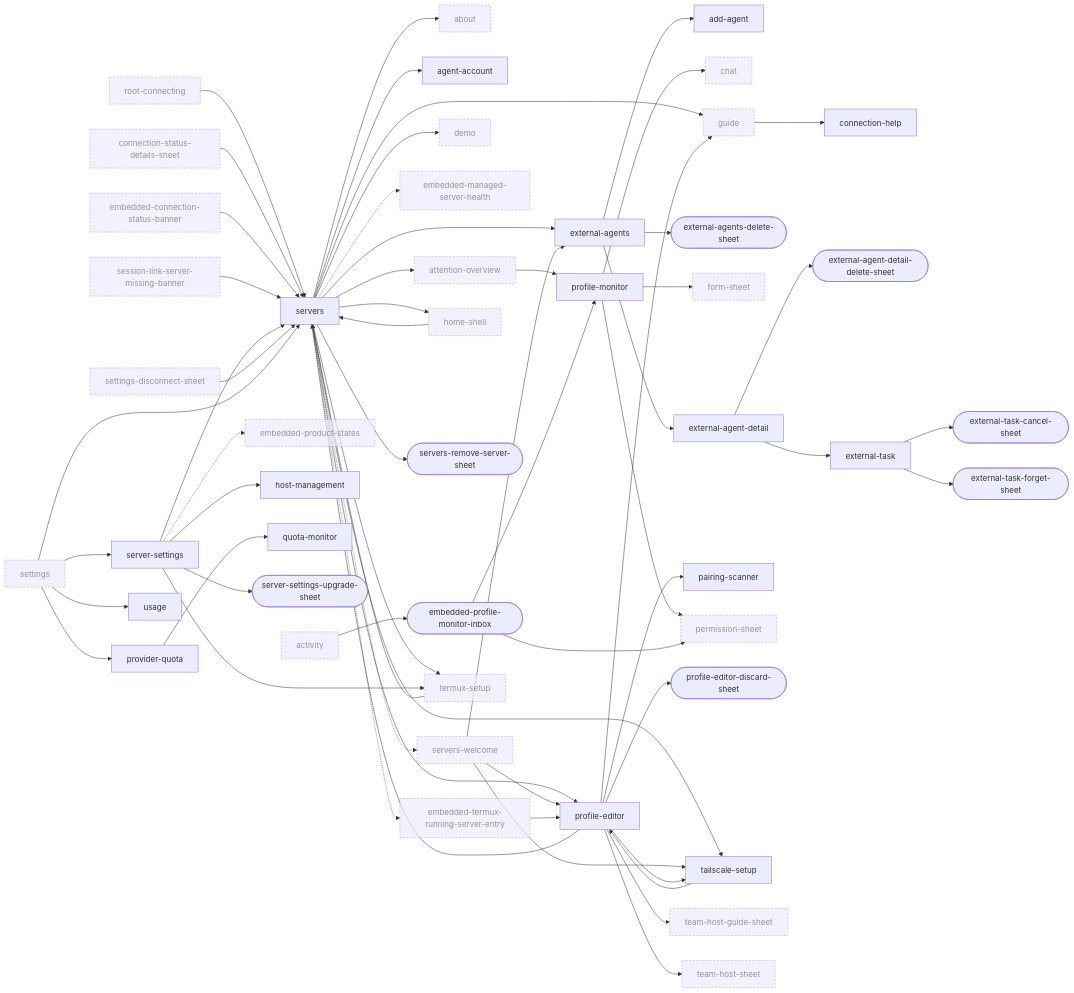
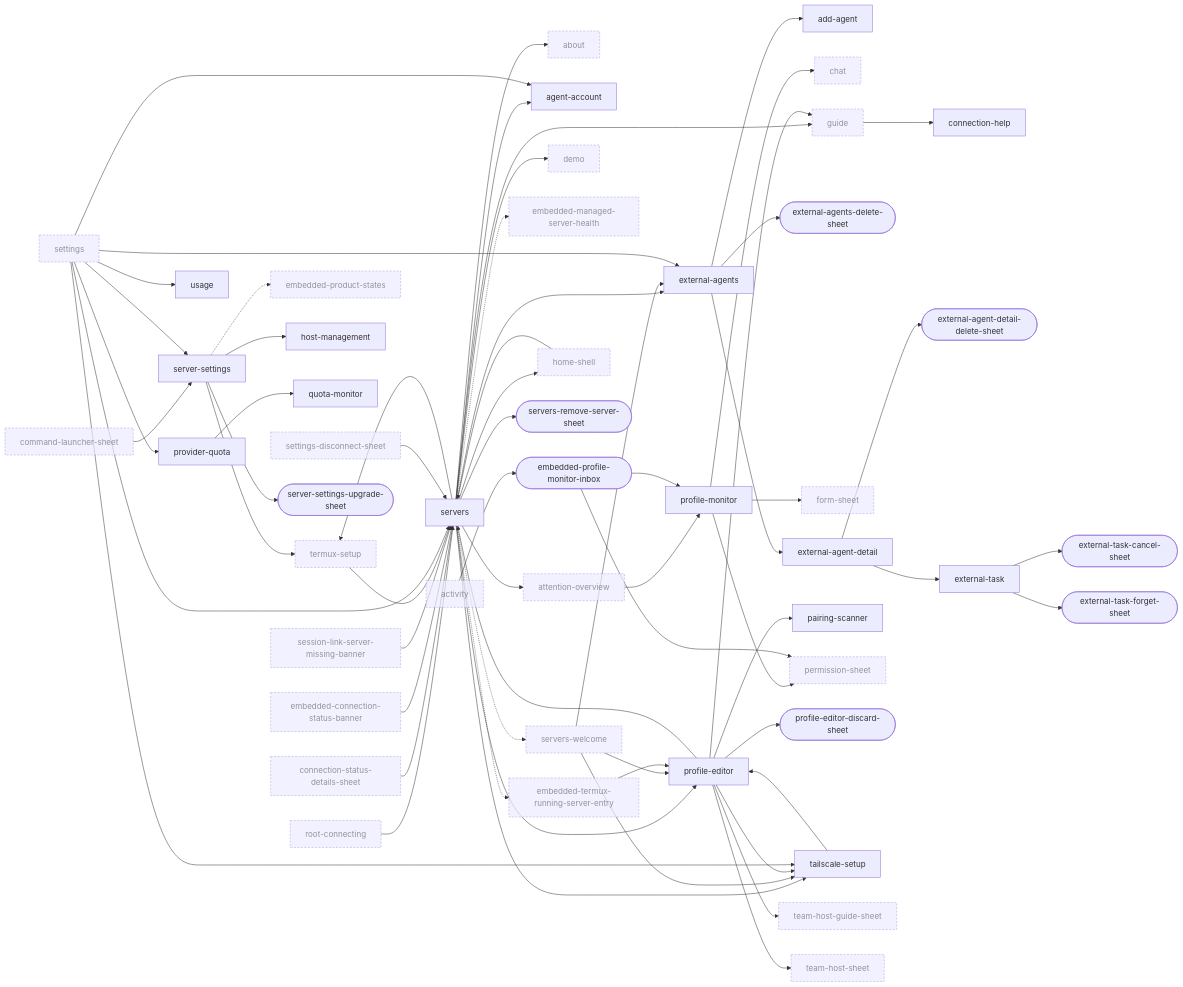
One commit to Breskott/opencode-mobile-next changed the fifth of 10 diagrams in docs/design/ui-ledger/navigation.md. Above: the diagram before and after it, drawn with Mermaid. The commit also changed other lines of this file and 17 other files, not shown here.

```diff
--- a/docs/design/ui-ledger/navigation.md
+++ b/docs/design/ui-ledger/navigation.md
@@ -663,6 +655,7 @@
   agent_account["agent-account"]
   attention_overview["attention-overview"]:::ext
   chat["chat"]:::ext
+  command_launcher_sheet["command-launcher-sheet"]:::ext
   connection_help["connection-help"]
   connection_status_details_sheet["connection-status-details-sheet"]:::ext
   demo["demo"]:::ext
@@ -709,6 +702,7 @@
   embedded_connection_status_banner --> servers
   session_link_server_missing_banner --> servers
   attention_overview --> profile_monitor
+  command_launcher_sheet --> server_settings
   servers --> attention_overview
   servers --> about
   servers --> guide
@@ -730,7 +724,6 @@
   profile_editor --> team_host_guide_sheet
   profile_editor --> team_host_sheet
   tailscale_setup --> profile_editor
-  server_settings --> servers
   server_settings --> host_management
   server_settings --> termux_setup
   server_settings --> server_settings_upgrade_sheet
@@ -748,6 +741,10 @@
   provider_quota --> quota_monitor
   termux_setup --> servers
   settings --> server_settings
+  settings --> servers
+  settings --> agent_account
+  settings --> external_agents
+  settings --> tailscale_setup
   settings --> usage
   settings --> provider_quota
   settings_disconnect_sheet --> servers
@@ -755,7 +752,6 @@
   server_settings -.-> embedded_product_states
   profile_monitor --> form_sheet
   profile_editor --> servers
-  settings --> servers
   servers -.-> servers_welcome
   embedded_termux_running_server_entry --> profile_editor
   activity --> embedded_profile_monitor_inbox
```
